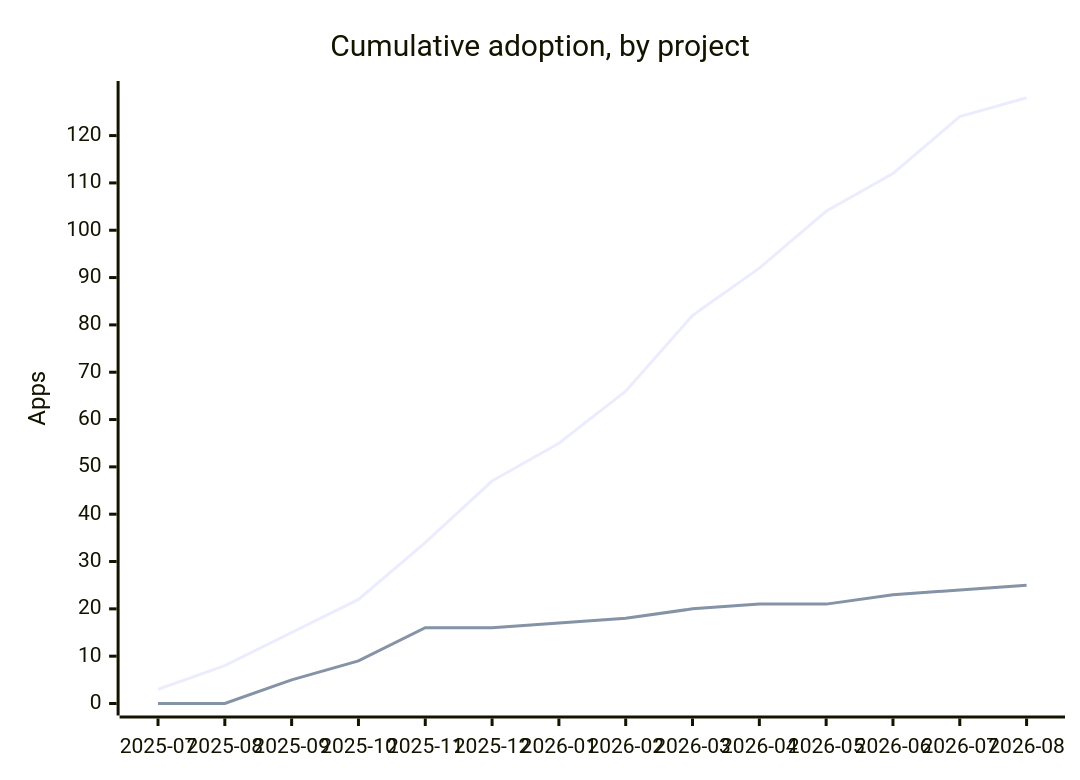
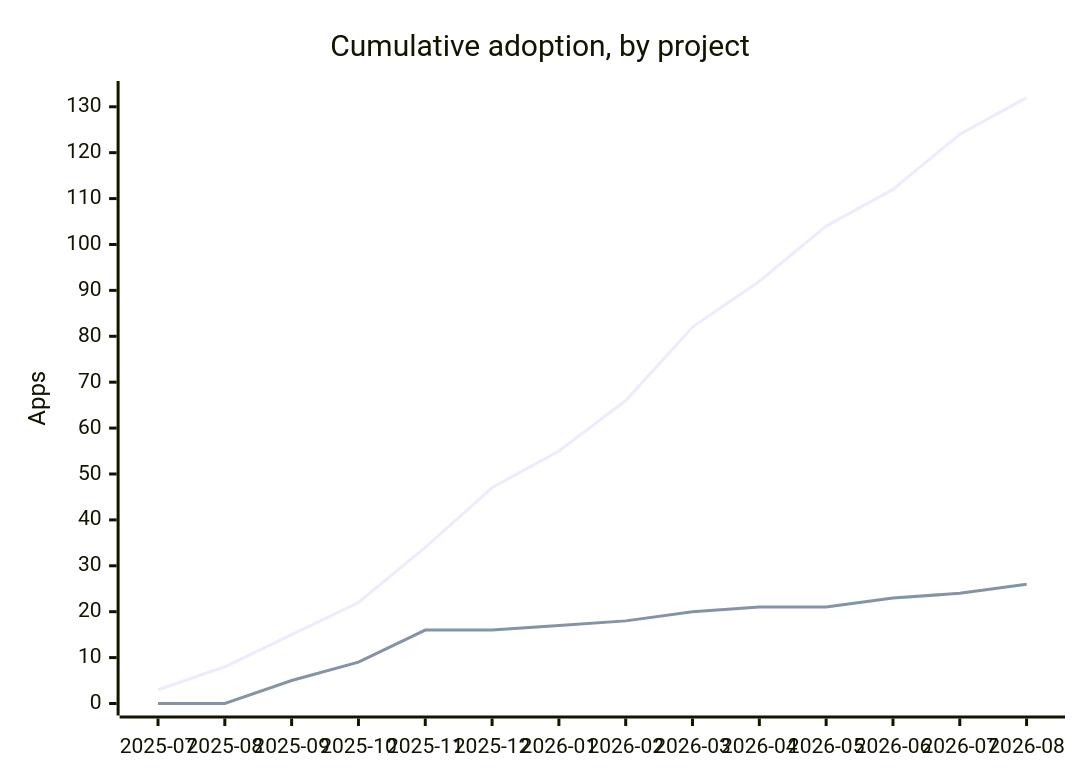
One commit to marcoroth/herb-corpus changed the first of 2 diagrams in README.md. Above: the diagram before and after it, drawn with Mermaid. The commit also changed other lines of this file and 2 other files, not shown here.

````diff
--- a/README.md
+++ b/README.md
@@ -664,8 +677,8 @@
 ```mermaid
 xychart
   title "Cumulative adoption, by project"
   x-axis ["2025-07", "2025-08", "2025-09", "2025-10", "2025-11", "2025-12", "2026-01", "2026-02", "2026-03", "2026-04", "2026-05", "2026-06", "2026-07", "2026-08"]
-  y-axis "Apps" 0 --> 129
-  line [3, 8, 15, 22, 34, 47, 55, 66, 82, 92, 104, 112, 124, 128]
-  line [0, 0, 5, 9, 16, 16, 17, 18, 20, 21, 21, 23, 24, 25]
+  y-axis "Apps" 0 --> 133
+  line [3, 8, 15, 22, 34, 47, 55, 66, 82, 92, 104, 112, 124, 132]
+  line [0, 0, 5, 9, 16, 16, 17, 18, 20, 21, 21, 23, 24, 26]
 ```
````
